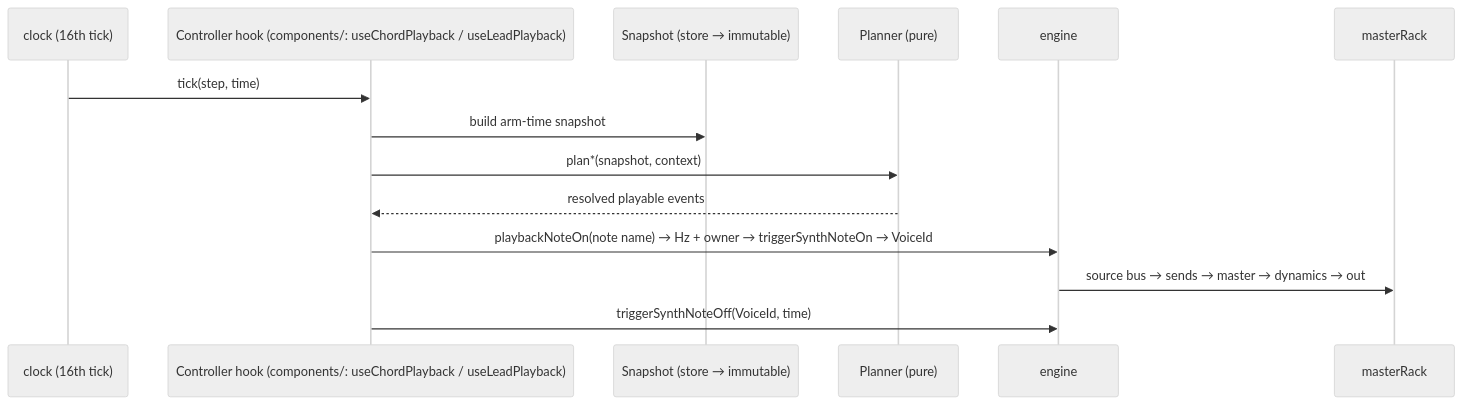
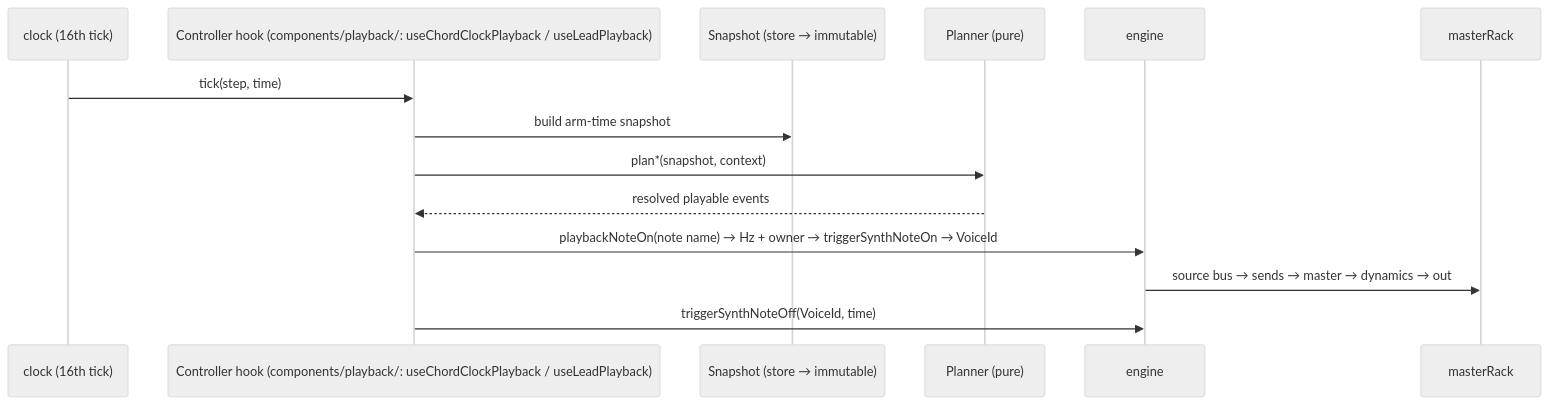
One commit to themiddnight/solna changed the third of 3 diagrams in docs/architecture/feature-overview.md. Above: the diagram before and after it, drawn with Mermaid (neutral theme). The commit also changed other lines of this file and 14 other files, not shown here.

````diff
--- a/docs/architecture/feature-overview.md
+++ b/docs/architecture/feature-overview.md
@@ -171,17 +171,17 @@
 ```mermaid
 sequenceDiagram
   participant Clock as clock (16th tick)
-  participant Ctrl as Controller hook (components/: useChordPlayback / useLeadPlayback)
+  participant Ctrl as Controller hook (components/playback/: useChordClockPlayback / useLeadPlayback)
   participant Snap as Snapshot (store → immutable)
   participant Plan as Planner (pure)
   participant Eng as engine
   participant Rack as masterRack
 
   Clock->>Ctrl: tick(step, time)
   Ctrl->>Snap: build arm-time snapshot
   Ctrl->>Plan: plan*(snapshot, context)
   Plan-->>Ctrl: resolved playable events
   Ctrl->>Eng: playbackNoteOn(note name) → Hz + owner → triggerSynthNoteOn → VoiceId
   Eng->>Rack: source bus → sends → master → dynamics → out
   Ctrl->>Eng: triggerSynthNoteOff(VoiceId, time)
 ```
````
